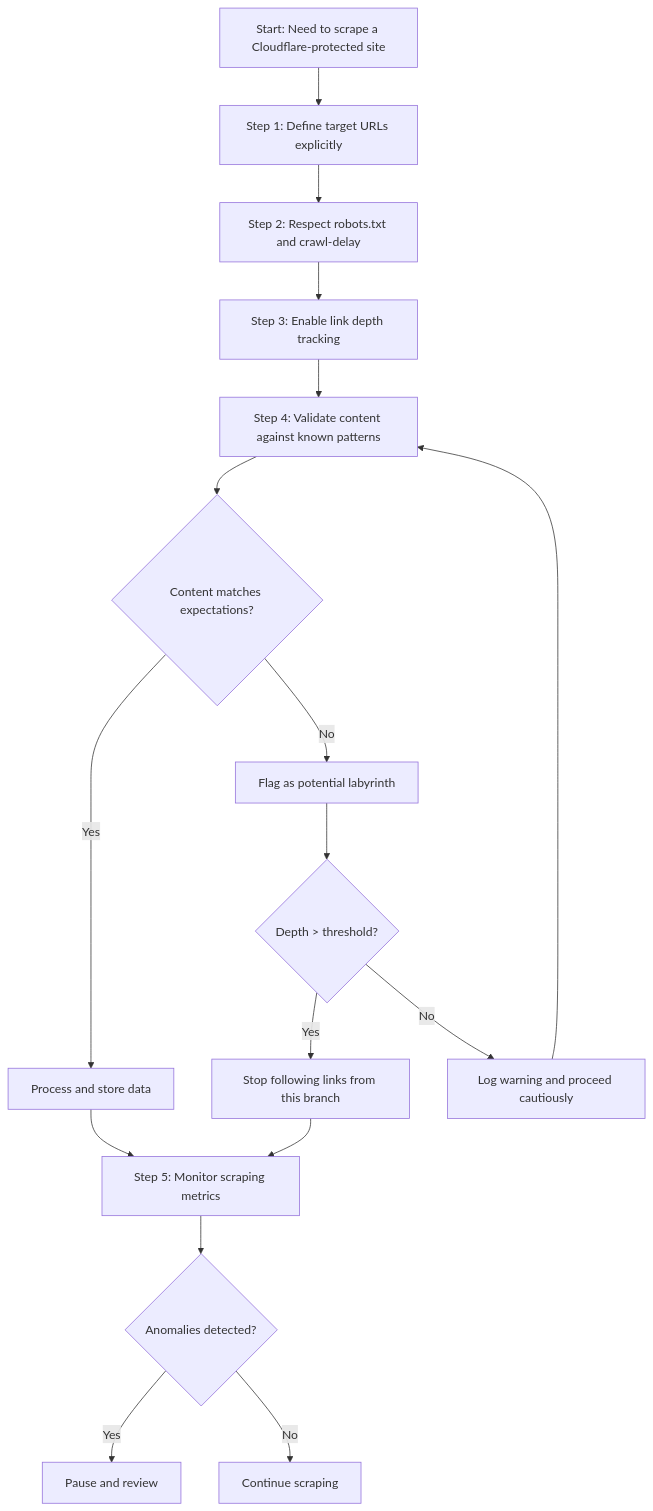
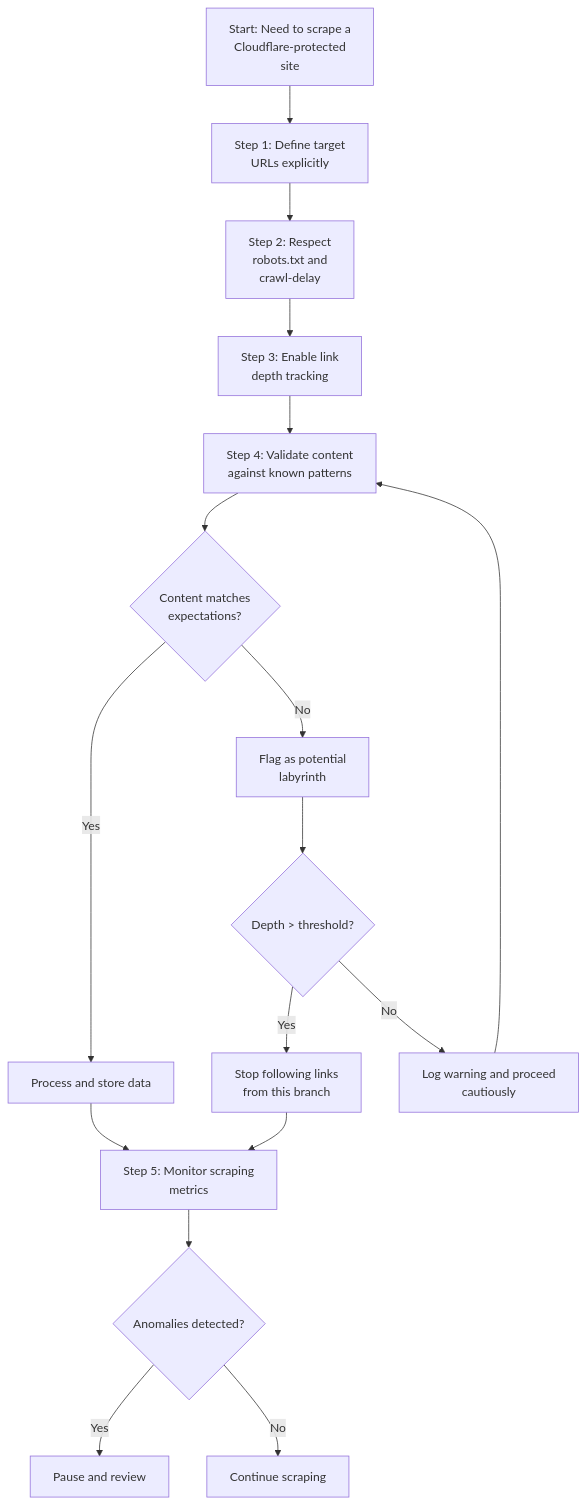
One commit to bytetunnels/bytetunnels.github.com changed the second of 3 diagrams in _posts/2026-02-03-cloudflare-ai-labyrinth-how-honeypot-pages-are-trapping-scrapers.md. Above: the diagram before and after it, drawn with Mermaid. The commit also changed 118 other files, not shown here.

Commit message:
feat: improve diagram styling and compact wide flowcharts

````diff
--- a/_posts/2026-02-03-cloudflare-ai-labyrinth-how-honeypot-pages-are-trapping-scrapers.md
+++ b/_posts/2026-02-03-cloudflare-ai-labyrinth-how-honeypot-pages-are-trapping-scrapers.md
@@ -269,19 +269,19 @@
 ```mermaid
 flowchart TD
-    A["Start: Need to scrape a Cloudflare-protected site"] --> B["Step 1: Define target URLs explicitly"]
-    B --> C["Step 2: Respect robots.txt and crawl-delay"]
-    C --> D["Step 3: Enable link depth tracking"]
-    D --> E["Step 4: Validate content against known patterns"]
-    E --> F{"Content matches expectations?"}
+    A["Start: Need to scrape a<br/>Cloudflare-protected<br/>site"] --> B["Step 1: Define target<br/>URLs explicitly"]
+    B --> C["Step 2: Respect<br/>robots.txt and<br/>crawl-delay"]
+    C --> D["Step 3: Enable link<br/>depth tracking"]
+    D --> E["Step 4: Validate content<br/>against known patterns"]
+    E --> F{"Content matches<br/>expectations?"}
     F -->|Yes| G["Process and store data"]
-    F -->|No| H["Flag as potential labyrinth"]
+    F -->|No| H["Flag as potential<br/>labyrinth"]
     H --> I{"Depth > threshold?"}
-    I -->|Yes| J["Stop following links from this branch"]
-    I -->|No| K["Log warning and proceed cautiously"]
-    G --> L["Step 5: Monitor scraping metrics"]
+    I -->|Yes| J["Stop following links<br/>from this branch"]
+    I -->|No| K["Log warning and proceed<br/>cautiously"]
+    G --> L["Step 5: Monitor scraping<br/>metrics"]
     J --> L
     K --> E
     L --> M{"Anomalies detected?"}
     M -->|Yes| N["Pause and review"]
     M -->|No| O["Continue scraping"]
 ```
````
